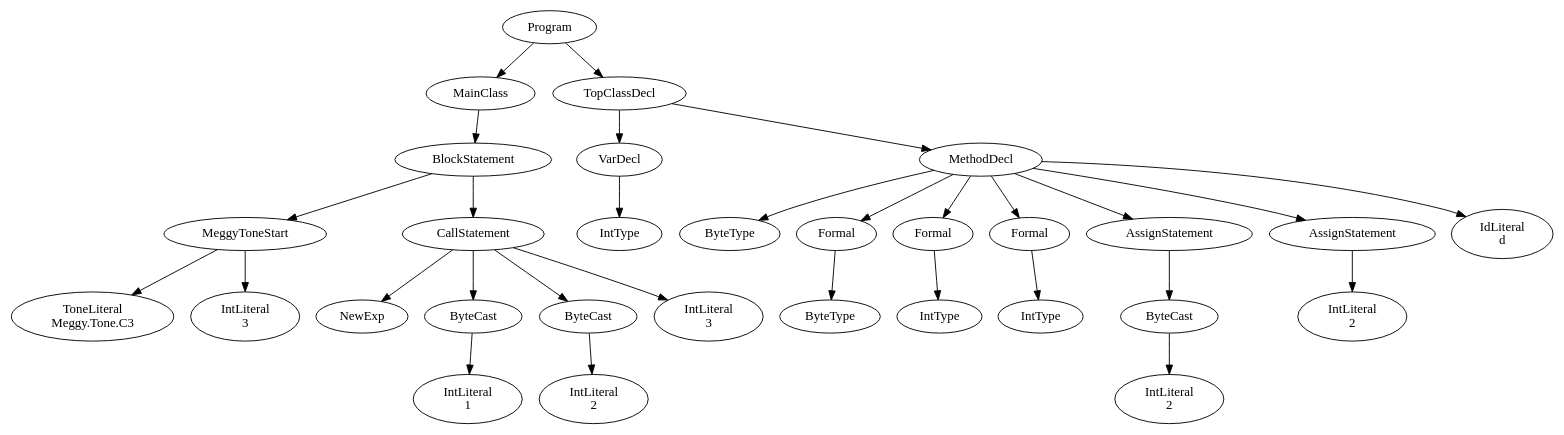
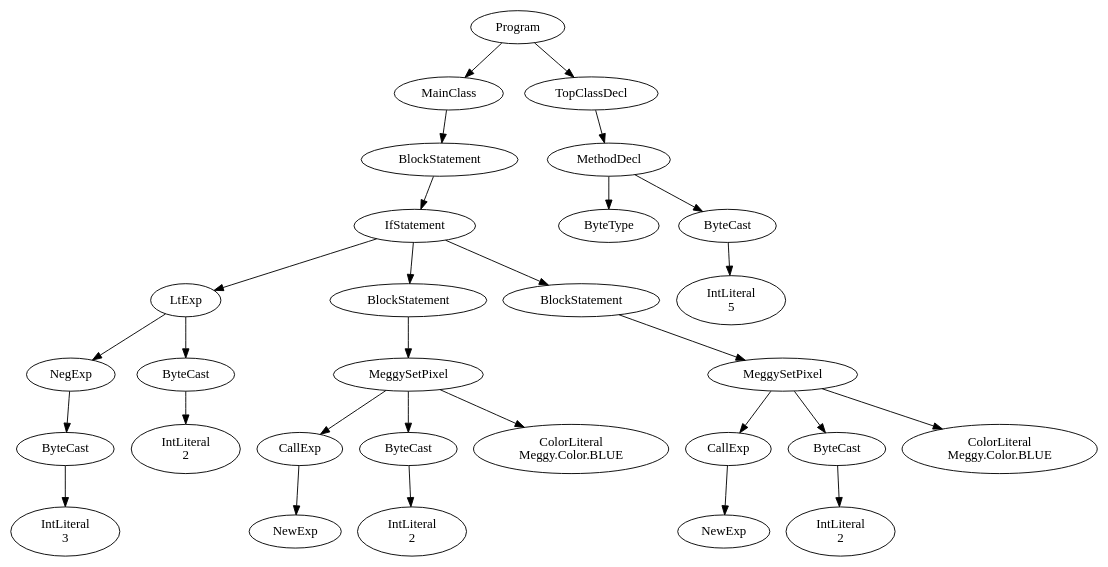
One commit to zamattiac/CS-4620 changed the diagram in PA5/trial.java.ast.dot. Above: the diagram before and after it, drawn with Graphviz. The commit also changed 72 other files, not shown here.

```diff
--- a/PA5/trial.java.ast.dot
+++ b/PA5/trial.java.ast.dot
@@ -1,61 +1,59 @@
 digraph ASTGraph {
 0 [ label="Program" ];
 1 [ label="MainClass" ];
 0 -> 1
 2 [ label="BlockStatement" ];
 1 -> 2
-3 [ label="MeggyToneStart" ];
+3 [ label="IfStatement" ];
 2 -> 3
-4 [ label="ToneLiteral\nMeggy.Tone.C3" ];
+4 [ label="LtExp" ];
 3 -> 4
-5 [ label="IntLiteral\n3" ];
-3 -> 5
-6 [ label="CallStatement" ];
-2 -> 6
-7 [ label="NewExp" ];
+5 [ label="NegExp" ];
+4 -> 5
+6 [ label="ByteCast" ];
+5 -> 6
+7 [ label="IntLiteral\n3" ];
 6 -> 7
 8 [ label="ByteCast" ];
-6 -> 8
-9 [ label="IntLiteral\n1" ];
+4 -> 8
+9 [ label="IntLiteral\n2" ];
 8 -> 9
-10 [ label="ByteCast" ];
-6 -> 10
-11 [ label="IntLiteral\n2" ];
+10 [ label="BlockStatement" ];
+3 -> 10
+11 [ label="MeggySetPixel" ];
 10 -> 11
-12 [ label="IntLiteral\n3" ];
-6 -> 12
-13 [ label="TopClassDecl" ];
-0 -> 13
-14 [ label="VarDecl" ];
-13 -> 14
-15 [ label="IntType" ];
+12 [ label="CallExp" ];
+11 -> 12
+13 [ label="NewExp" ];
+12 -> 13
+14 [ label="ByteCast" ];
+11 -> 14
+15 [ label="IntLiteral\n2" ];
 14 -> 15
-16 [ label="MethodDecl" ];
-13 -> 16
-17 [ label="ByteType" ];
-16 -> 17
-18 [ label="Formal" ];
-16 -> 18
-19 [ label="ByteType" ];
+16 [ label="ColorLiteral\nMeggy.Color.BLUE" ];
+11 -> 16
+17 [ label="BlockStatement" ];
+3 -> 17
+18 [ label="MeggySetPixel" ];
+17 -> 18
+19 [ label="CallExp" ];
 18 -> 19
-20 [ label="Formal" ];
-16 -> 20
-21 [ label="IntType" ];
-20 -> 21
-22 [ label="Formal" ];
-16 -> 22
-23 [ label="IntType" ];
-22 -> 23
-24 [ label="AssignStatement" ];
-16 -> 24
-25 [ label="ByteCast" ];
+20 [ label="NewExp" ];
+19 -> 20
+21 [ label="ByteCast" ];
+18 -> 21
+22 [ label="IntLiteral\n2" ];
+21 -> 22
+23 [ label="ColorLiteral\nMeggy.Color.BLUE" ];
+18 -> 23
+24 [ label="TopClassDecl" ];
+0 -> 24
+25 [ label="MethodDecl" ];
 24 -> 25
-26 [ label="IntLiteral\n2" ];
+26 [ label="ByteType" ];
 25 -> 26
-27 [ label="AssignStatement" ];
-16 -> 27
-28 [ label="IntLiteral\n2" ];
+27 [ label="ByteCast" ];
+25 -> 27
+28 [ label="IntLiteral\n5" ];
 27 -> 28
-29 [ label="IdLiteral\nd" ];
-16 -> 29
 }
```
